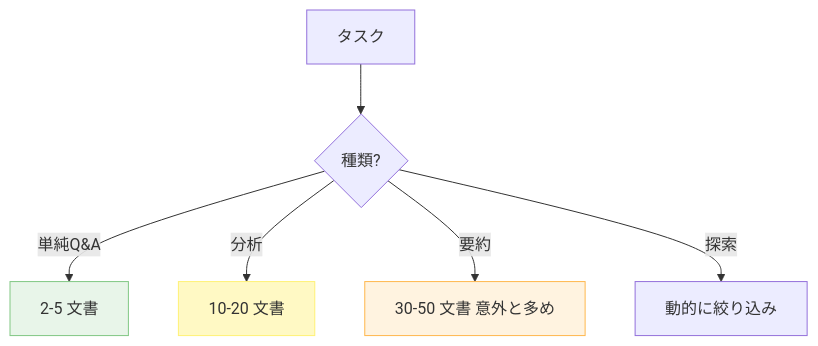
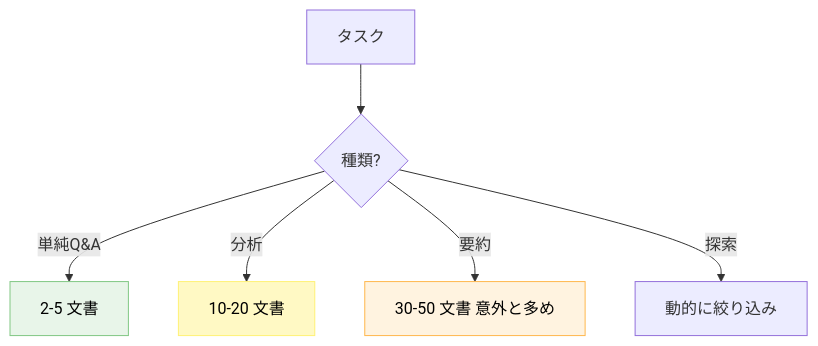
The second of 2 diagrams in docs/patterns/情報過多コンテキストの-4-つの失敗モード.md (dinekt/dinekt-wiki), drawn with Mermaid before and after one commit. The commit also changed other lines of this file and 71 other files, not shown here.

First line of the commit message:
fix: mermaid readability + remove GitHub repo toolbar

````diff
--- a/docs/patterns/情報過多コンテキストの-4-つの失敗モード.md
+++ b/docs/patterns/情報過多コンテキストの-4-つの失敗モード.md
@@ -66,12 +66,12 @@
 ```mermaid
 flowchart TD
     T[タスク] --> S{種類?}
     S -->|単純Q&A| S1[2-5 文書]
     S -->|分析| S2[10-20 文書]
     S -->|要約| S3[30-50 文書 意外と多め]
     S -->|探索| S4[動的に絞り込み]
 
-    style S1 fill:#e8f5e9,stroke:#81c784
-    style S2 fill:#fff9c4,stroke:#fff176
-    style S3 fill:#fff3e0,stroke:#ffb74d
+    style S1 fill:#e8f5e9,stroke:#81c784,color:#000
+    style S2 fill:#fff9c4,stroke:#fff176,color:#000
+    style S3 fill:#fff3e0,stroke:#ffb74d,color:#000
 ```
````
